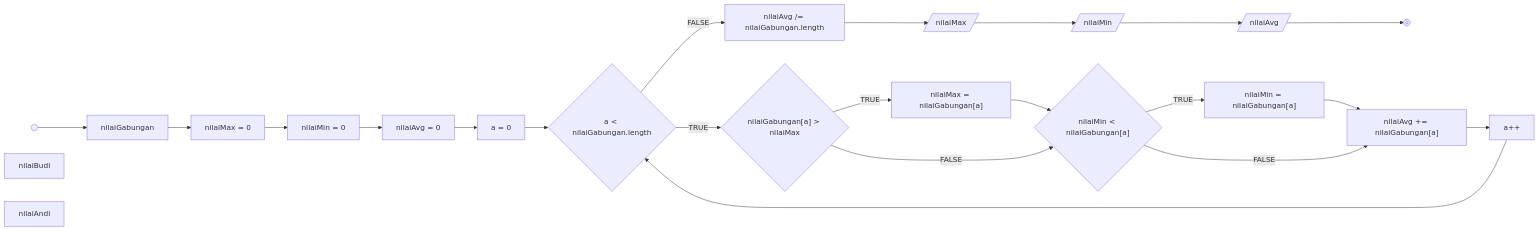
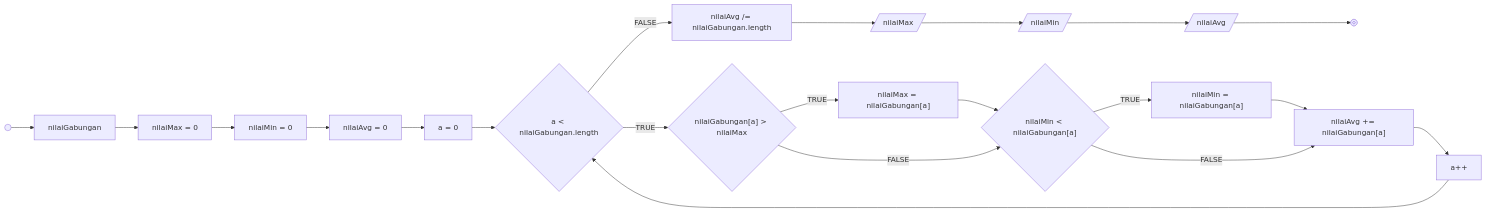
Before and after one commit to rizqyazhar/koda-b10-javascript4: the diagram in README.md, drawn with Mermaid.

````diff
--- a/README.md
+++ b/README.md
@@ -9,37 +9,35 @@
 ```mermaid
 
   flowchart LR
 
   A@{shape: sm-circ, label: "Start"}
   B@{shape: fr-circ, label: "End"}
-  C@{shape: rect, label: "nilaiBudi"}
-  D@{shape: rect, label: "nilaiAndi"}
   E@{shape: rect, label: "nilaiGabungan"}
   F@{shape: rect, label: "nilaiMax = 0"}
   G@{shape: rect, label: "nilaiMin = 0"}
   I@{shape: diam, label: "a < nilaiGabungan.length"}
   J@{shape: rect, label: "a = 0"}
   K@{shape: diam, label: "nilaiGabungan[a] > nilaiMax"}
   M@{shape: rect, label: "nilaiMax = nilaiGabungan[a]"}
   N@{shape: diam, label: "nilaiMin < nilaiGabungan[a]"}
   P@{shape: rect, label: "a++"}
   Q@{shape: lean-r, label: "nilaiMax"}
   T@{shape: rect, label: "nilaiMin = nilaiGabungan[a]"}
   V@{shape: lean-r, label: "nilaiMin"}
   Y@{shape: lean-r, label: "nilaiAvg"}
   AA@{shape: rect, label: "nilaiAvg += nilaiGabungan[a]"}
   DD@{shape: rect, label: "nilaiAvg /= nilaiGabungan.length"}
   EE@{shape: rect, label: "nilaiAvg = 0"}
 
   A --> E --> F --> G --> EE --> J --> I --TRUE--> K --TRUE--> M --> N --TRUE--> T --> AA --> P --> I
 
   K --FALSE--> N
 
   N --FALSE--> AA
 
   I --FALSE--> DD --> Q --> V --> Y --> B
 
 
 
 
 ```
````
